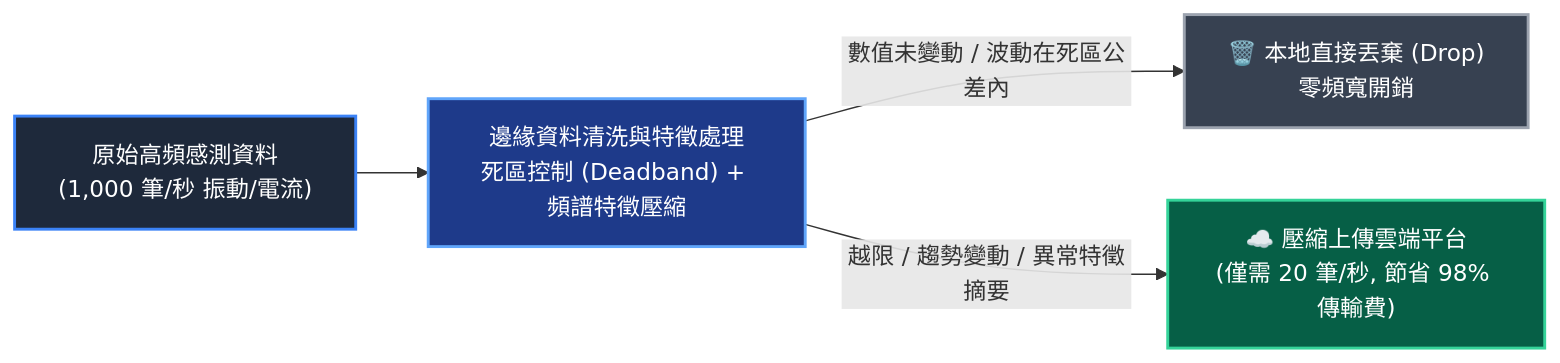
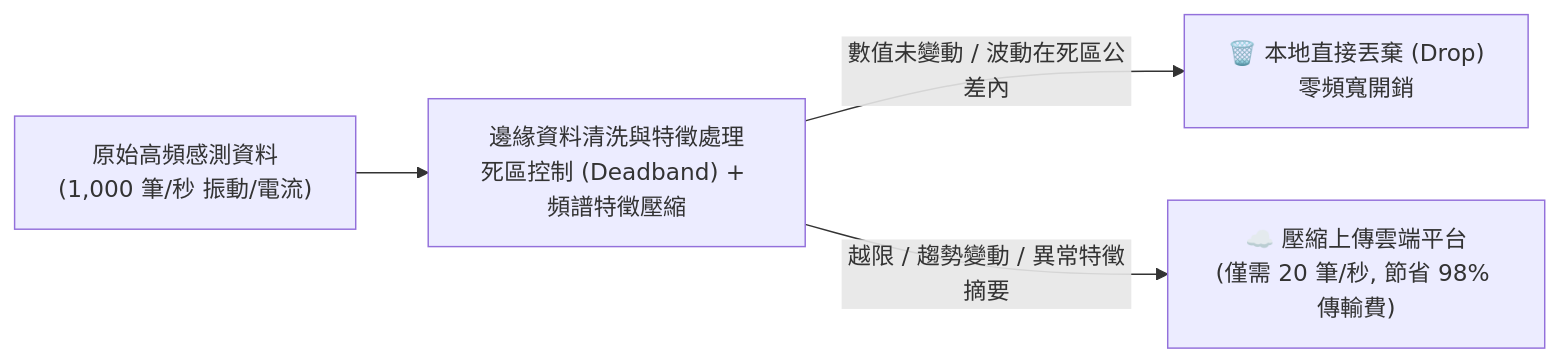
The fifth of 5 diagrams in notes/aiot/s2_物聯網系統與應用/L122_軟硬體設計.md (ta-lang/iPAS_Test), drawn with Mermaid before and after one commit. The commit also changed other lines of this file and 16 other files, not shown here.

Commit message:
fix(mermaid): remove hardcoded styles, add high-contrast theme CSS, and forbid color styling in SOP

````diff
--- a/notes/aiot/s2_物聯網系統與應用/L122_軟硬體設計.md
+++ b/notes/aiot/s2_物聯網系統與應用/L122_軟硬體設計.md
@@ -231,12 +211,8 @@
 ```mermaid
 flowchart LR
     RAW["原始高頻感測資料<br>(1,000 筆/秒 振動/電流)"] --> FILTER["邊緣資料清洗與特徵處理<br>死區控制 (Deadband) + 頻譜特徵壓縮"]
     
     FILTER -->|"數值未變動 / 波動在死區公差內"| DROP["🗑️ 本地直接丟棄 (Drop)<br>零頻寬開銷"]
     FILTER -->|"越限 / 趨勢變動 / 異常特徵摘要"| UPLOAD["☁️ 壓縮上傳雲端平台<br>(僅需 20 筆/秒, 節省 98% 傳輸費)"]
 
-    style RAW fill:#1e293b,stroke:#3b82f6,stroke-width:2px,color:#fff
-    style FILTER fill:#1e3a8a,stroke:#60a5fa,stroke-width:2px,color:#fff
-    style DROP fill:#374151,stroke:#9ca3af,stroke-width:2px,color:#fff
-    style UPLOAD fill:#065f46,stroke:#34d399,stroke-width:2px,color:#fff
 ```
````
